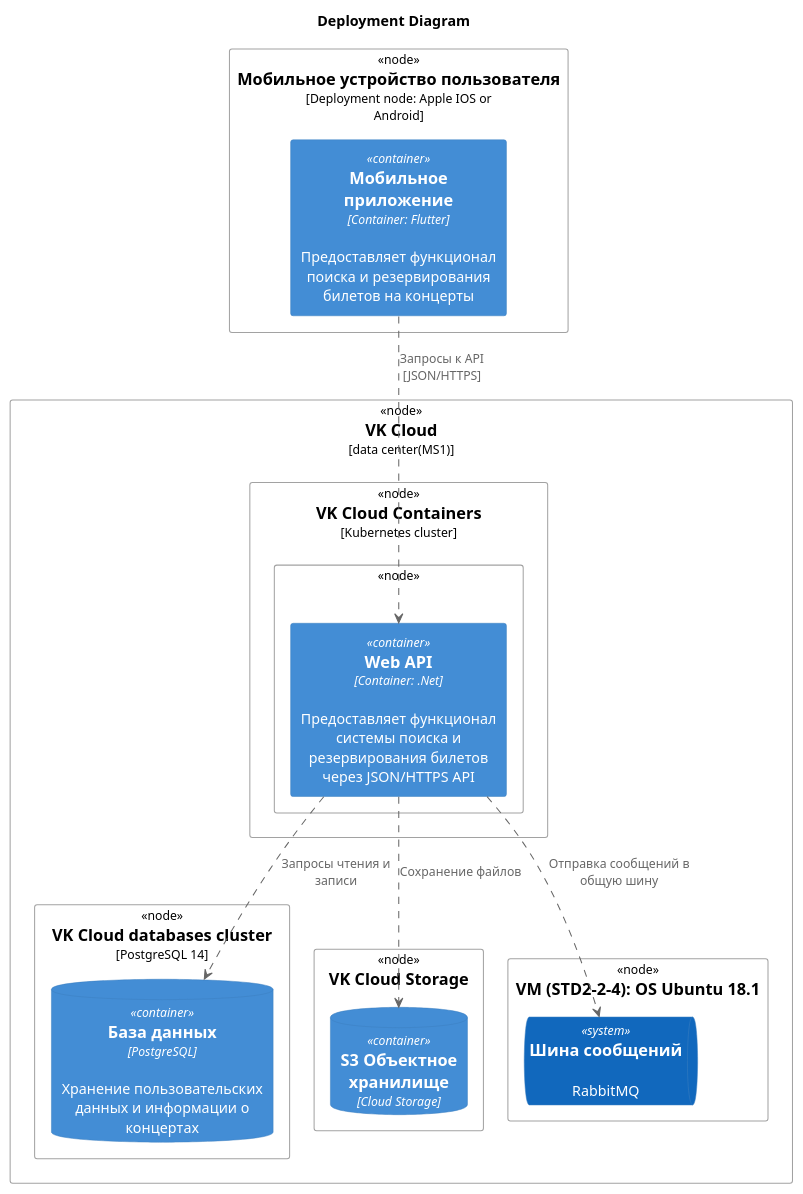
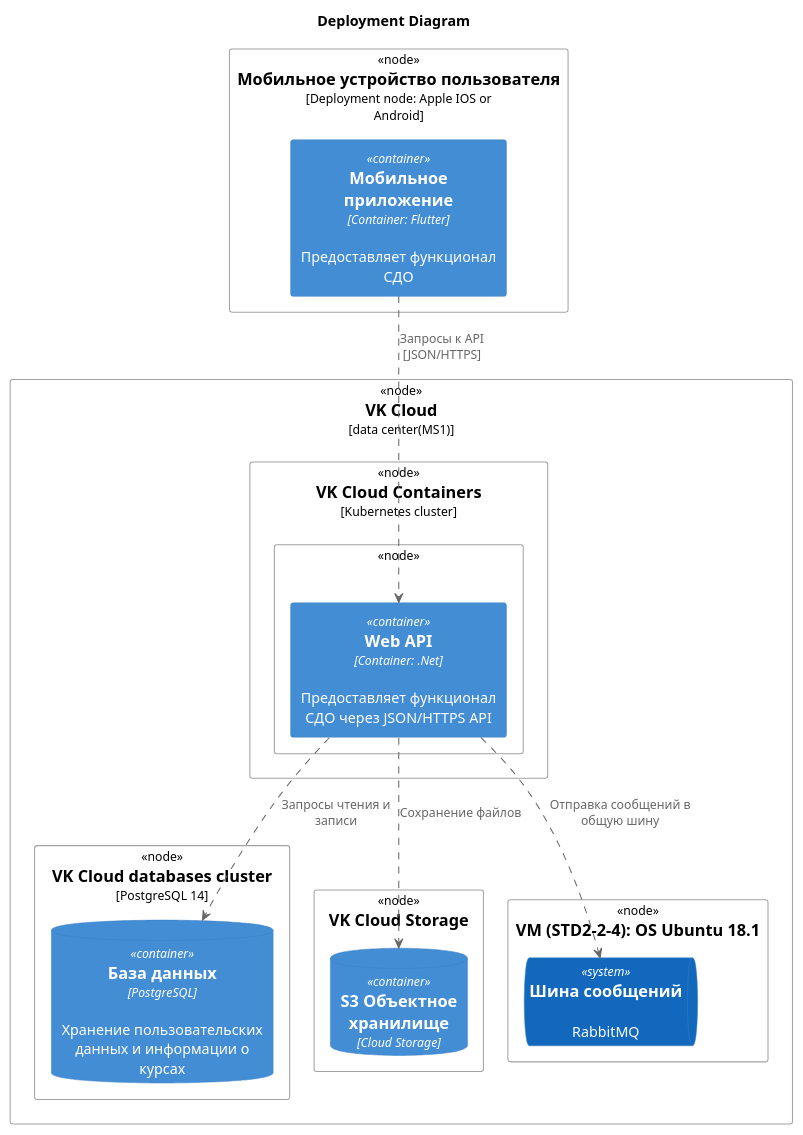
One commit to Nestoric-I/PPO changed the diagram in TechProject/Deployment.puml. Above: the diagram before and after it, drawn with PlantUML.

```diff
--- a/TechProject/Deployment.puml
+++ b/TechProject/Deployment.puml
@@ -1,38 +1,38 @@
 @startuml
   !include https://raw.githubusercontent.com/plantuml-stdlib/C4-PlantUML/master/C4_Deployment.puml
 
 title Deployment Diagram
 
 Deployment_Node(mob, "Мобильное устройство пользователя", "Deployment node: Apple IOS or Android"){
-    Container(mobile, "Мобильное приложение", "Container: Flutter", "Предоставляет функционал поиска и резервирования билетов на концерты")
+    Container(mobile, "Мобильное приложение", "Container: Flutter", "Предоставляет функционал СДО")
 }
 
 Deployment_Node(VK, "VK Cloud", "data center(MS1)"){
     Deployment_Node(Ubuntu1, "VK Cloud Containers", "Kubernetes cluster"){
         Deployment_Node(WebServer, "", ""){
-            Container(WebApi, "Web API", "Container: .Net", "Предоставляет функционал системы поиска и резервирования билетов через JSON/HTTPS API")
+            Container(WebApi, "Web API", "Container: .Net", "Предоставляет функционал СДО через JSON/HTTPS API")
         }
     }
 
     Deployment_Node(Ubuntu2, "VK Cloud databases cluster", "PostgreSQL 14"){
-        ContainerDb(ReadDataBase, "База данных", "PostgreSQL", "Хранение пользовательских данных и информации о концертах")
+        ContainerDb(ReadDataBase, "База данных", "PostgreSQL", "Хранение пользовательских данных и информации о курсах")
     }
 
     Deployment_Node(Ubuntu3, "VK Cloud Storage", ""){
         ContainerDb(SaveDataBase, "S3 Объектное хранилище", "Cloud Storage", "")
     }
 
     Deployment_Node(Ubuntu4, "VM (STD2-2-4): OS Ubuntu 18.1", ""){
         SystemQueue(MessageBus, "Шина сообщений","RabbitMQ", "")
     }
 }
 
 mobile ..> WebApi : "Запросы к API [JSON/HTTPS]"
 
 WebApi ..> ReadDataBase : "Запросы чтения и записи"
 
 WebApi ..> SaveDataBase : "Сохранение файлов" 
 
 WebApi ..> MessageBus : "Отправка сообщений в общую шину"
 
 @enduml
```
